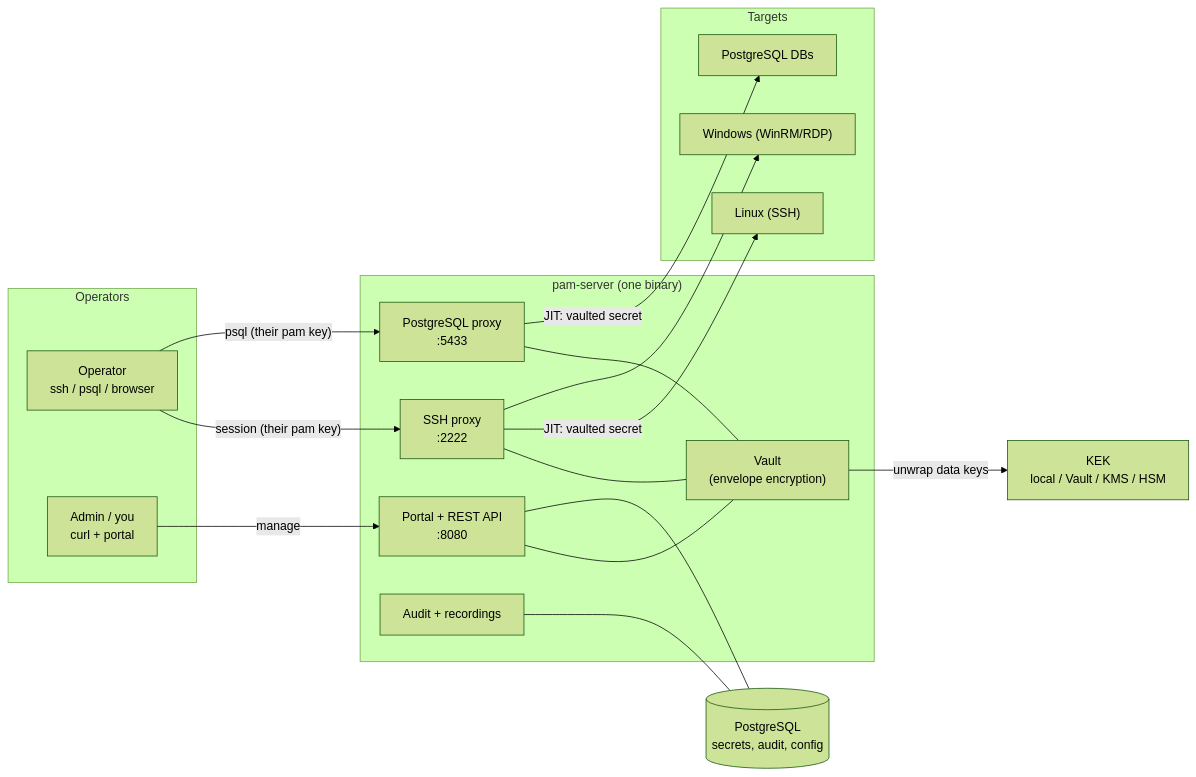
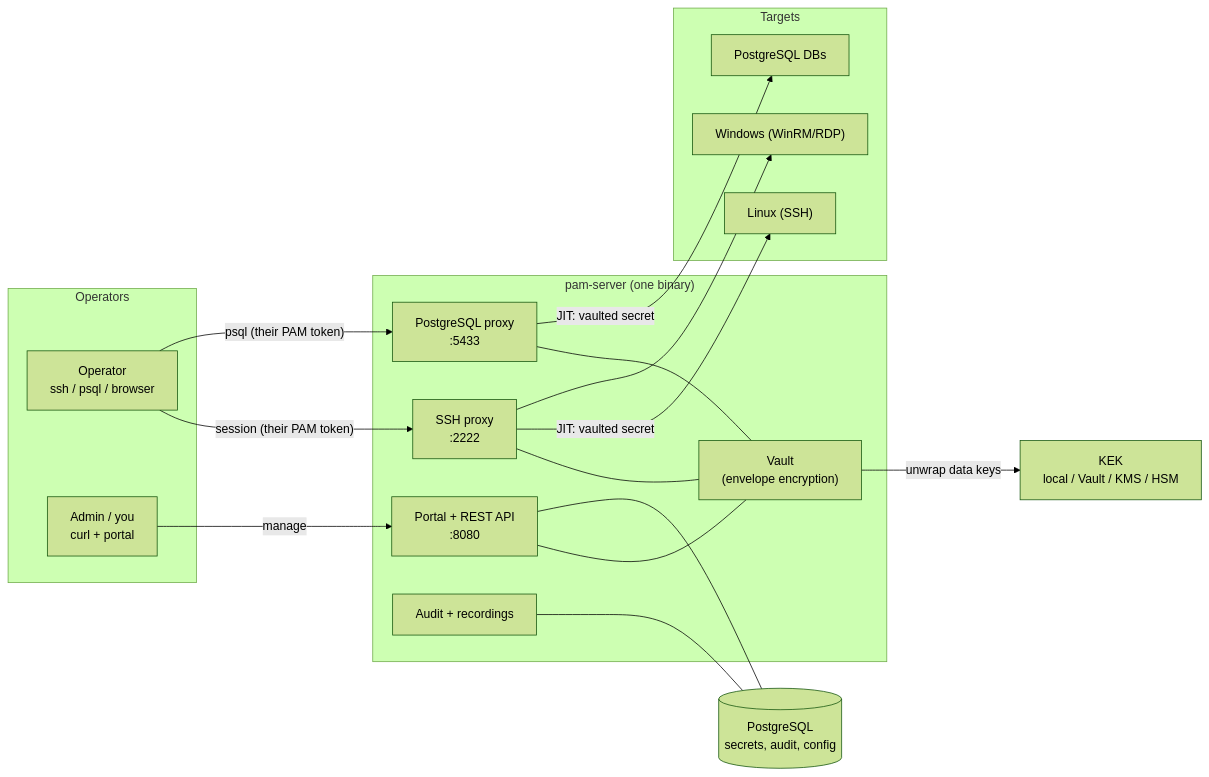
The first of 3 diagrams in docs/SYSADMIN-GUIDE.md (morandeirachema/PAMv1), drawn with Mermaid (forest theme) before and after one commit. The commit also changed other lines of this file and 15 other files, not shown here.

````diff
--- a/docs/SYSADMIN-GUIDE.md
+++ b/docs/SYSADMIN-GUIDE.md
@@ -69,37 +77,37 @@
 ```mermaid
 flowchart LR
   subgraph Operators
     OP["Operator<br/>ssh / psql / browser"]
     ADM["Admin / you<br/>curl + portal"]
   end
 
   subgraph pamv1["pam-server (one binary)"]
     API["Portal + REST API<br/>:8080"]
     SSHP["SSH proxy<br/>:2222"]
     DBP["PostgreSQL proxy<br/>:5433"]
     VAULT["Vault<br/>(envelope encryption)"]
     AUD["Audit + recordings"]
   end
 
   DB[("PostgreSQL<br/>secrets, audit, config")]
   KEK["KEK<br/>local / Vault / KMS / HSM"]
 
   subgraph Targets
     LINUX["Linux (SSH)"]
     WIN["Windows (WinRM/RDP)"]
     PG["PostgreSQL DBs"]
   end
 
   ADM -->|manage| API
-  OP -->|"session (their pam key)"| SSHP
-  OP -->|"psql (their pam key)"| DBP
+  OP -->|"session (their PAM token)"| SSHP
+  OP -->|"psql (their PAM token)"| DBP
   API --- VAULT
   SSHP --- VAULT
   DBP --- VAULT
   VAULT -->|unwrap data keys| KEK
   API --- DB
   AUD --- DB
   SSHP -->|"JIT: vaulted secret"| LINUX
   SSHP --> WIN
   DBP -->|"JIT: vaulted secret"| PG
 ```
````
